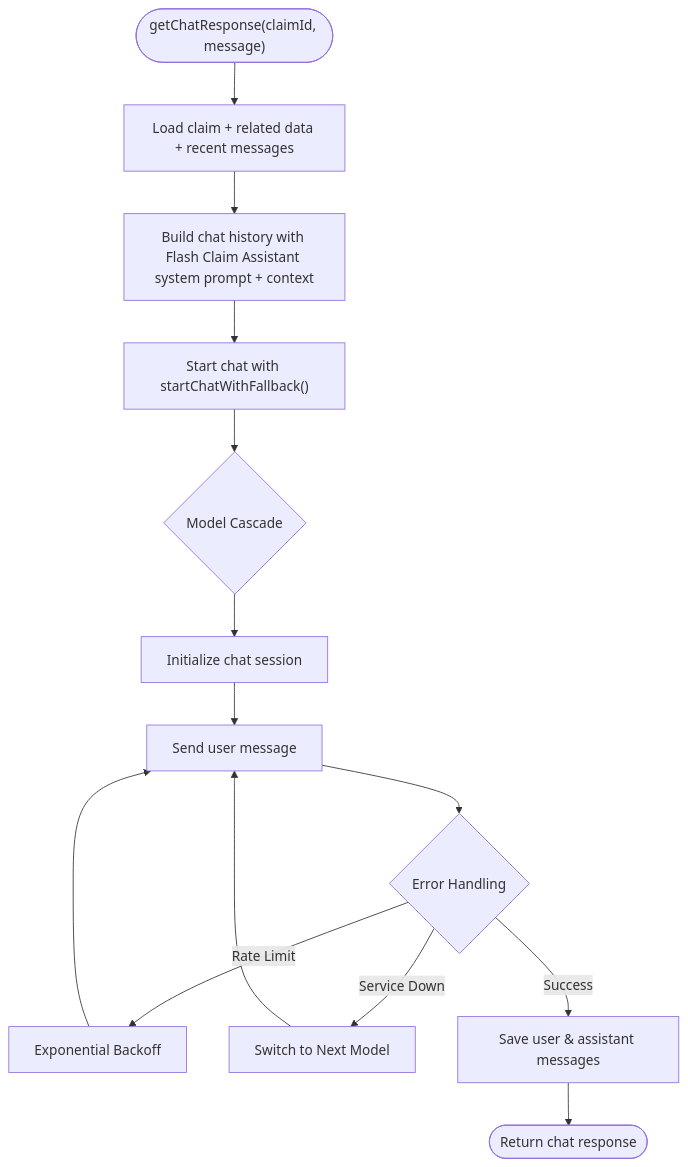
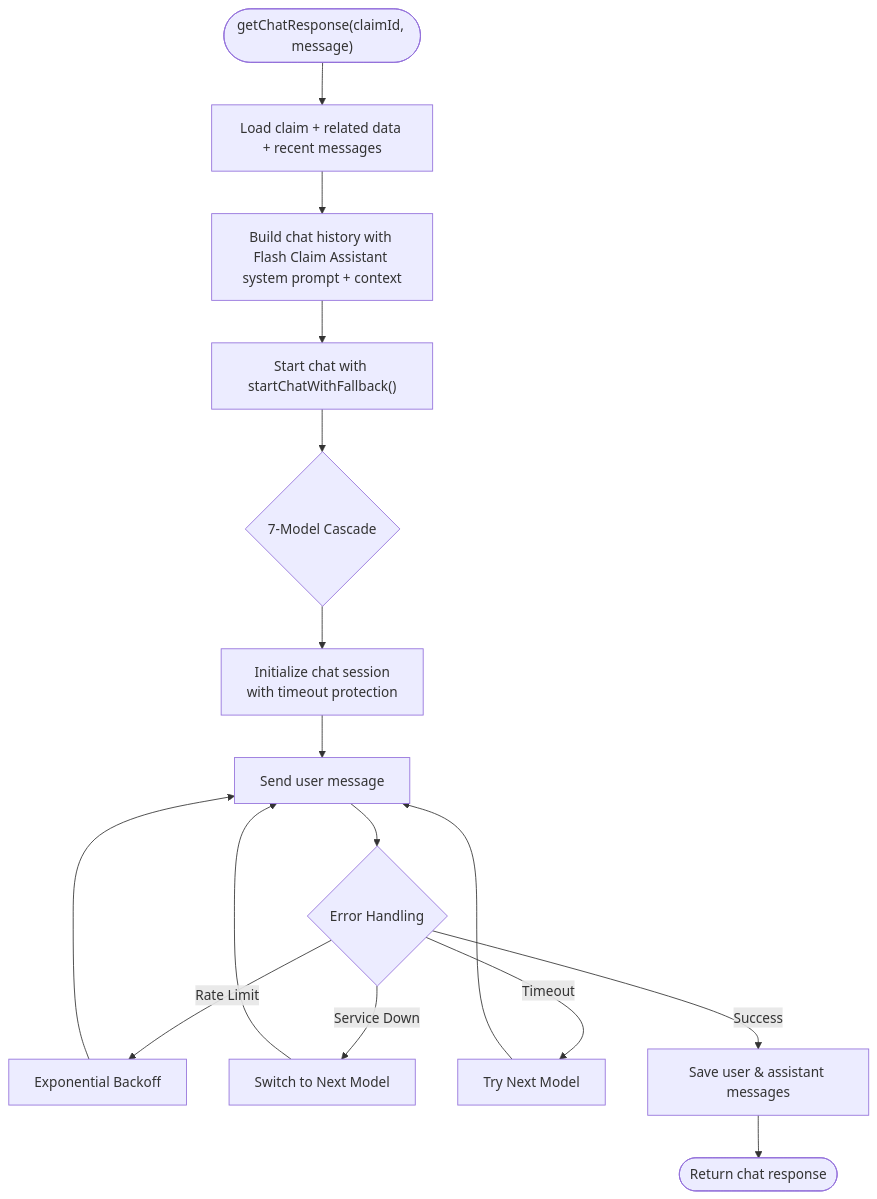
Before and after one commit to NaveenHiranya/Smart-Vehicle-Insurance-Claim-System: the eighth of 9 diagrams in .qoder/repowiki/en/content/AI Services Integration/AI Services Integration.md, drawn with Mermaid. The commit also changed other lines of this file and 33 other files, not shown here.

````diff
--- a/.qoder/repowiki/en/content/AI Services Integration/AI Services Integration.md
+++ b/.qoder/repowiki/en/content/AI Services Integration/AI Services Integration.md
@@ -285,16 +289,18 @@
 ```mermaid
 flowchart TD
 Start(["getChatResponse(claimId, message)"]) --> LoadCtx["Load claim + related data + recent messages"]
 LoadCtx --> BuildHistory["Build chat history with Flash Claim Assistant system prompt + context"]
 BuildHistory --> StartChat["Start chat with startChatWithFallback()"]
-StartChat --> Cascade{"Model Cascade"}
-Cascade --> InitChat["Initialize chat session"]
+StartChat --> Cascade{"7-Model Cascade"}
+Cascade --> InitChat["Initialize chat session<br/>with timeout protection"]
 InitChat --> SendMsg["Send user message"]
 SendMsg --> RetryLogic{"Error Handling"}
 RetryLogic --> |Rate Limit| Backoff["Exponential Backoff"]
 RetryLogic --> |Service Down| SwitchModel["Switch to Next Model"]
+RetryLogic --> |Timeout| NextModel["Try Next Model"]
 RetryLogic --> |Success| SaveMsgs["Save user & assistant messages"]
 Backoff --> SendMsg
 SwitchModel --> SendMsg
+NextModel --> SendMsg
 SaveMsgs --> End(["Return chat response"])
 ```
````
